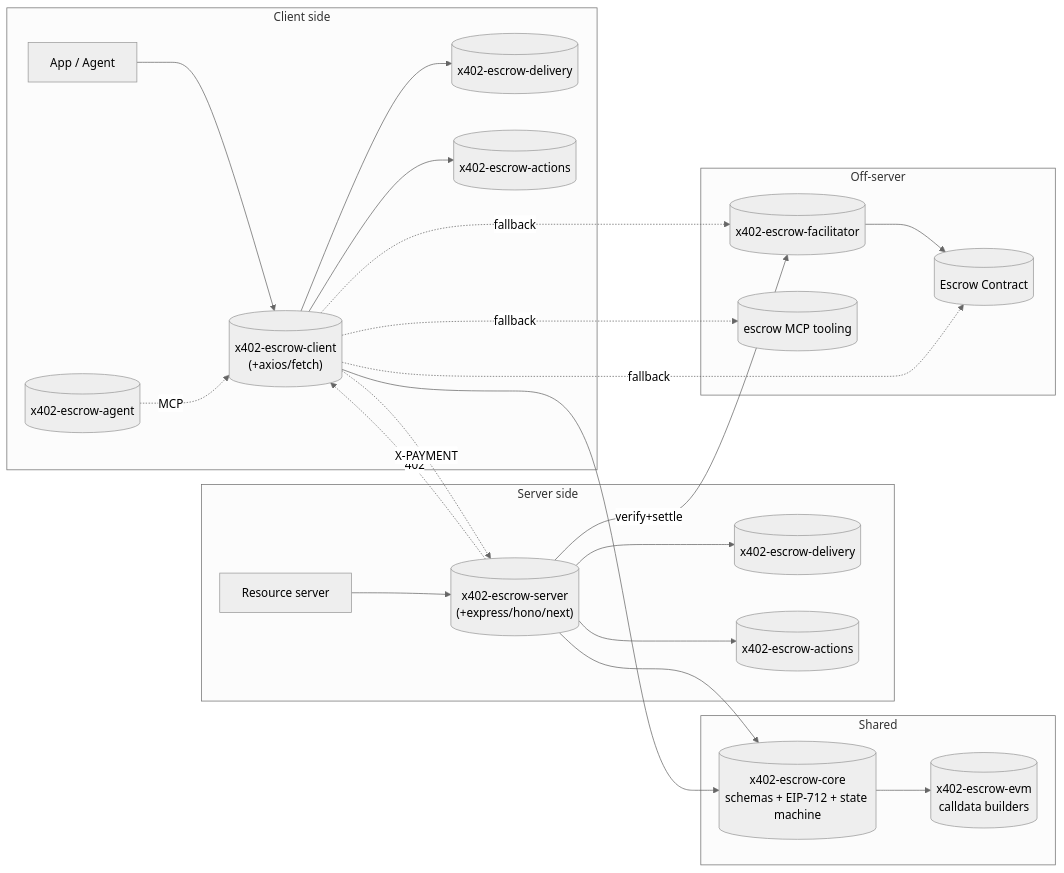
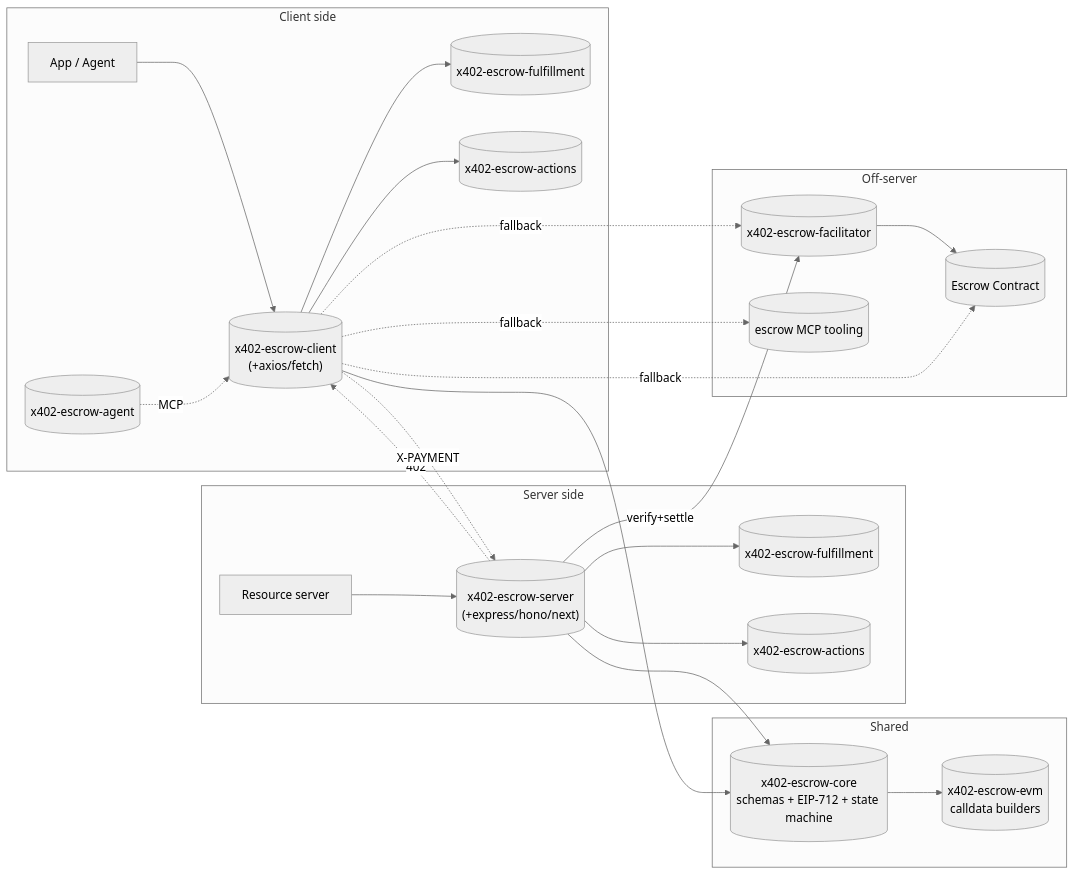
Before and after one commit to bosonprotocol/x402-escrow-schema: the diagram in 00-overview.md, drawn with Mermaid (neutral theme). The commit also changed other lines of this file and 5 other files, not shown here.

Commit message:
refactor: rename delivery to fulfillment and update related documentation

````diff
--- a/00-overview.md
+++ b/00-overview.md
@@ -43,37 +43,37 @@
 ```mermaid
 flowchart LR
     subgraph Client side
       App[App / Agent] --> CL[("x402-escrow-client<br/>(+axios/fetch)")]
-      CL --> DEL[("x402-escrow-delivery")]
+      CL --> DEL[("x402-escrow-fulfillment")]
       CL --> ACT[("x402-escrow-actions")]
       AGT[("x402-escrow-agent")] -.MCP.-> CL
     end
 
     subgraph Server side
       Resource[Resource server] --> SR[("x402-escrow-server<br/>(+express/hono/next)")]
-      SR --> DEL2[("x402-escrow-delivery")]
+      SR --> DEL2[("x402-escrow-fulfillment")]
       SR --> ACT2[("x402-escrow-actions")]
     end
 
     subgraph Shared
       CORE[("x402-escrow-core<br/>schemas + EIP-712 + state machine")]
       EVM[("x402-escrow-evm<br/>calldata builders")]
     end
 
     subgraph Off-server
       FAC[("x402-escrow-facilitator")]
       MCP[("escrow MCP tooling")]
       ESC[(Escrow Contract)]
     end
 
     CL --> CORE
     SR --> CORE
     CORE --> EVM
     SR -.402.-> CL
     CL -.X-PAYMENT.-> SR
     SR -->|verify+settle| FAC
     FAC --> ESC
     CL -.fallback.-> ESC
     CL -.fallback.-> MCP
     CL -.fallback.-> FAC
 ```
````
